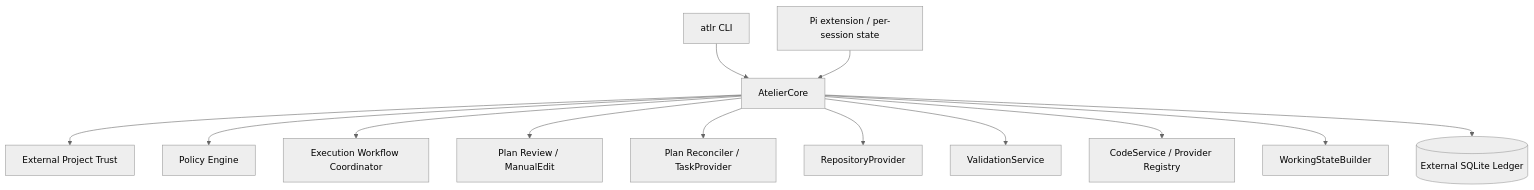
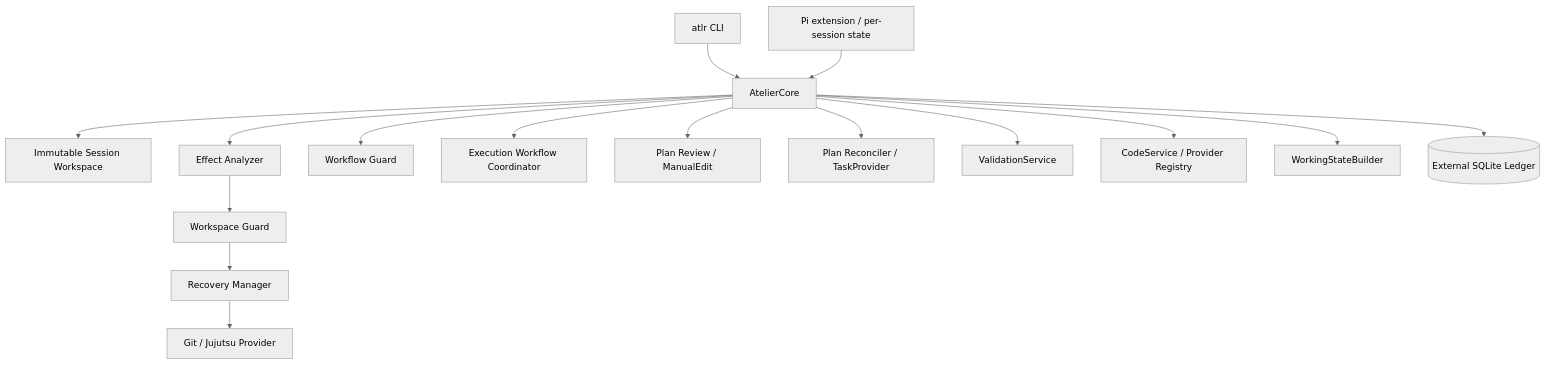
One commit to RobertDeRose/atelier changed the first of 3 diagrams in docs/ARCHITECTURE.md. Above: the diagram before and after it, drawn with Mermaid (neutral theme). The commit also changed other lines of this file and 70 other files, not shown here.

Commit message:
fix(policy): complete workspace recoverability model

````diff
--- a/docs/ARCHITECTURE.md
+++ b/docs/ARCHITECTURE.md
@@ -21,15 +21,18 @@
 ```mermaid
 flowchart TD
     CLI[atlr CLI] --> Core[AtelierCore]
     Pi[Pi extension / per-session state] --> Core
-    Core --> Trust[External Project Trust]
-    Core --> Policy[Policy Engine]
+    Core --> Workspace[Immutable Session Workspace]
+    Core --> Effects[Effect Analyzer]
+    Effects --> Guard[Workspace Guard]
+    Guard --> Recovery[Recovery Manager]
+    Recovery --> VCS[Git / Jujutsu Provider]
+    Core --> Flow[Workflow Guard]
     Core --> Exec[Execution Workflow Coordinator]
     Core --> Review[Plan Review / ManualEdit]
     Core --> Tasks[Plan Reconciler / TaskProvider]
-    Core --> Repo[RepositoryProvider]
     Core --> Validation[ValidationService]
     Core --> Code[CodeService / Provider Registry]
     Core --> State[WorkingStateBuilder]
     Core --> Ledger[(External SQLite Ledger)]
 ```
````
